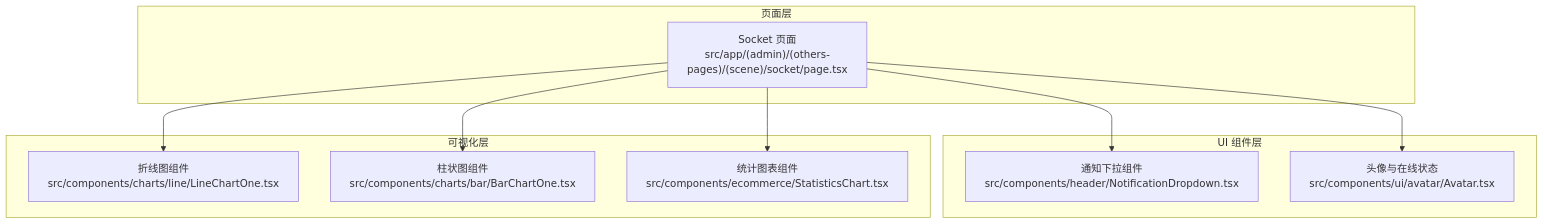
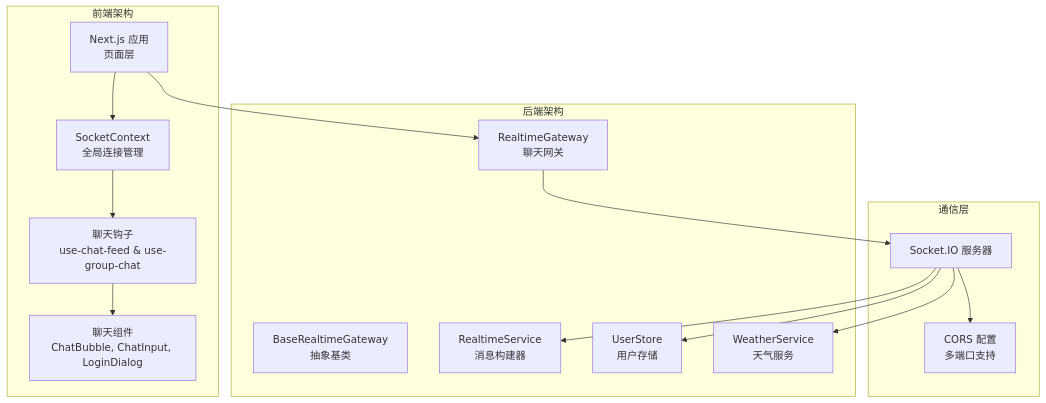
One commit to HAOFUYANG/nextjs-admin changed the first of 4 diagrams in .qoder/repowiki/zh/content/数据库集成/API 接口设计/Socket 通信 API.md. Above: the diagram before and after it, drawn with Mermaid. The commit also changed other lines of this file and 6 other files, not shown here.

````diff
--- a/.qoder/repowiki/zh/content/数据库集成/API 接口设计/Socket 通信 API.md
+++ b/.qoder/repowiki/zh/content/数据库集成/API 接口设计/Socket 通信 API.md
@@ -37,20 +47,29 @@
 ```mermaid
 graph TB
-subgraph "页面层"
-SockPage["Socket 页面<br/>src/app/(admin)/(others-pages)/(scene)/socket/page.tsx"]
+subgraph "前端架构"
+SocketCtx["SocketContext<br/>全局连接管理"]
+ChatHooks["聊天钩子<br/>use-chat-feed & use-group-chat"]
+ChatComponents["聊天组件<br/>ChatBubble, ChatInput, LoginDialog"]
+Frontend["Next.js 应用<br/>页面层"]
 end
-subgraph "UI 组件层"
-Noti["通知下拉组件<br/>src/components/header/NotificationDropdown.tsx"]
-Avatar["头像与在线状态<br/>src/components/ui/avatar/Avatar.tsx"]
+subgraph "后端架构"
+BaseGateway["BaseRealtimeGateway<br/>抽象基类"]
+RealtimeGateway["RealtimeGateway<br/>聊天网关"]
+RealtimeService["RealtimeService<br/>消息构建器"]
+UserStore["UserStore<br/>用户存储"]
+WeatherService["WeatherService<br/>天气服务"]
 end
-subgraph "可视化层"
-LineChart["折线图组件<br/>src/components/charts/line/LineChartOne.tsx"]
-BarChart["柱状图组件<br/>src/components/charts/bar/BarChartOne.tsx"]
-StatChart["统计图表组件<br/>src/components/ecommerce/StatisticsChart.tsx"]
+subgraph "通信层"
+SocketIO["Socket.IO 服务器"]
+CORS["CORS 配置<br/>多端口支持"]
 end
-SockPage --> Noti
-SockPage --> Avatar
-SockPage --> LineChart
-SockPage --> BarChart
-SockPage --> StatChart
+Frontend --> SocketCtx
+SocketCtx --> ChatHooks
+ChatHooks --> ChatComponents
+Frontend --> RealtimeGateway
+RealtimeGateway --> SocketIO
+SocketIO --> RealtimeService
+SocketIO --> UserStore
+SocketIO --> WeatherService
+SocketIO --> CORS
 ```
````
